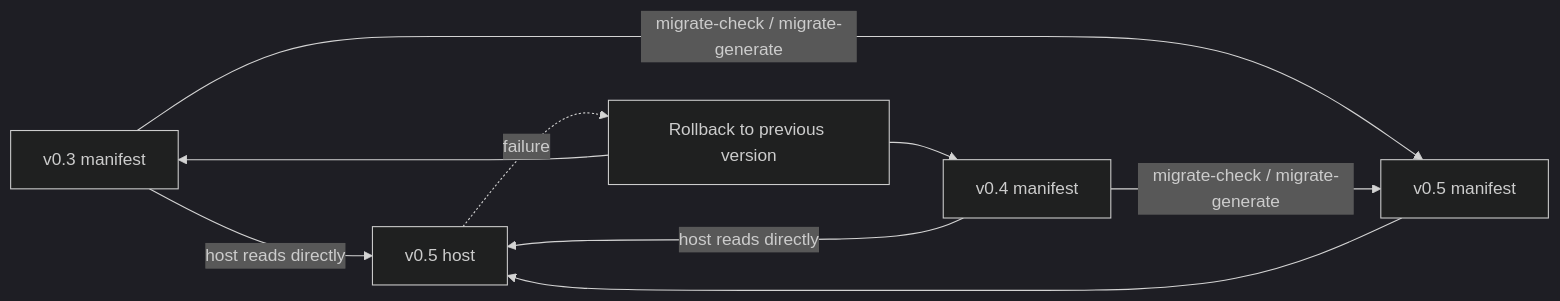
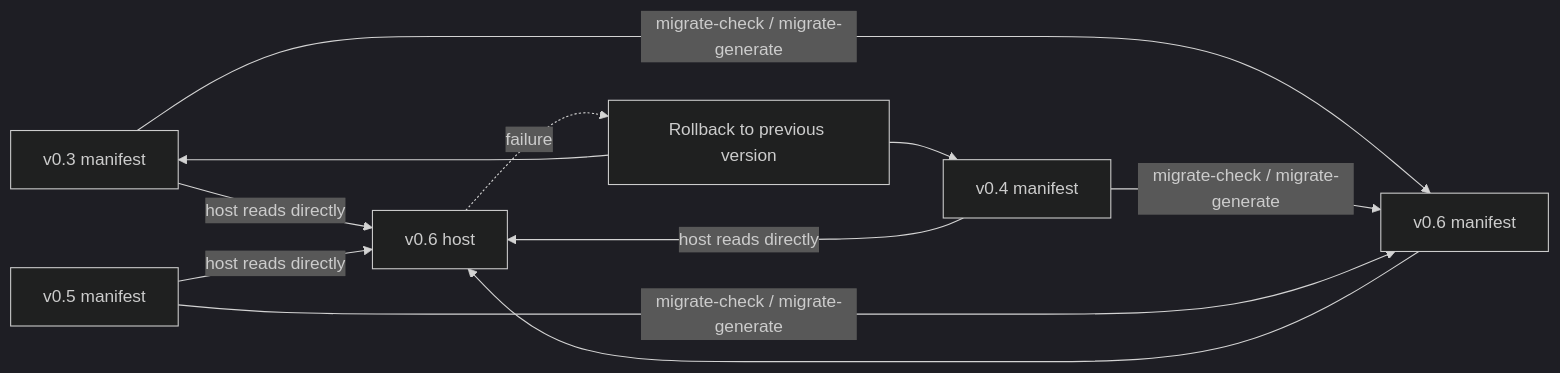
The eighth of 8 diagrams in docs/en/architecture.md (limecloud/agentapp), drawn with Mermaid (dark theme) before and after one commit. The commit also changed other lines of this file and 46 other files, not shown here.

````diff
--- a/docs/en/architecture.md
+++ b/docs/en/architecture.md
@@ -268,11 +271,13 @@
 ```mermaid
 flowchart LR
-  v03[v0.3 manifest] -->|host reads directly| v05Host[v0.5 host]
-  v04[v0.4 manifest] -->|host reads directly| v05Host
-  v03 -->|migrate-check / migrate-generate| v05[v0.5 manifest]
-  v04 -->|migrate-check / migrate-generate| v05
-  v05 --> v05Host
-  v05Host -. failure .-> Rollback[Rollback to previous version]
+  v03[v0.3 manifest] -->|host reads directly| v06Host[v0.6 host]
+  v04[v0.4 manifest] -->|host reads directly| v06Host
+  v05[v0.5 manifest] -->|host reads directly| v06Host
+  v03 -->|migrate-check / migrate-generate| v06[v0.6 manifest]
+  v04 -->|migrate-check / migrate-generate| v06
+  v05 -->|migrate-check / migrate-generate| v06
+  v06 --> v06Host
+  v06Host -. failure .-> Rollback[Rollback to previous version]
   Rollback --> v04
   Rollback --> v03
 ```
````
